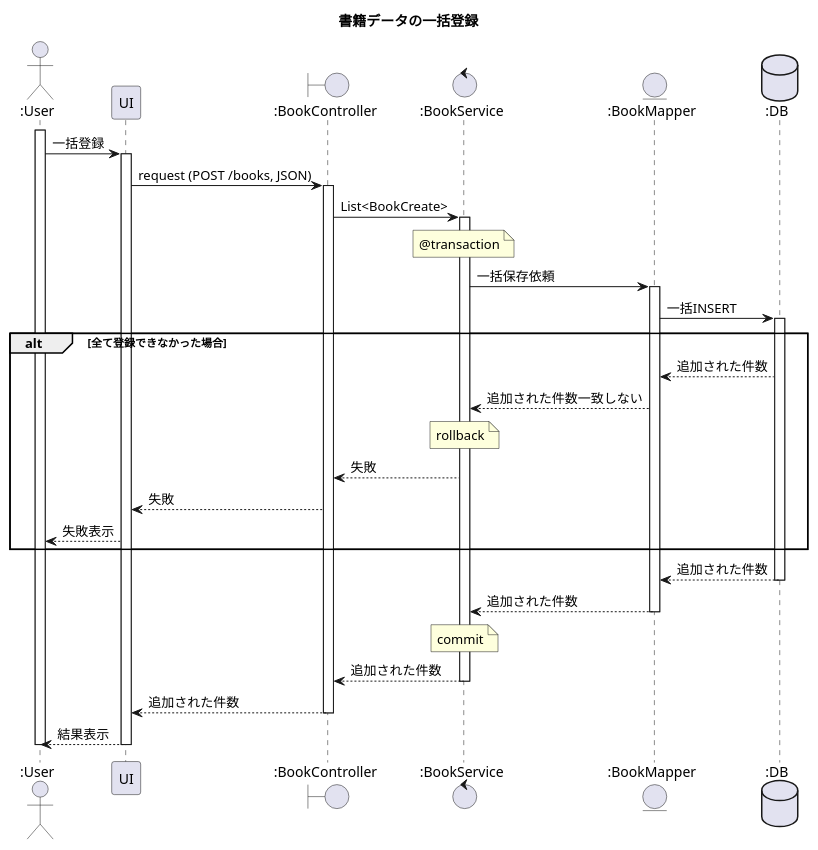
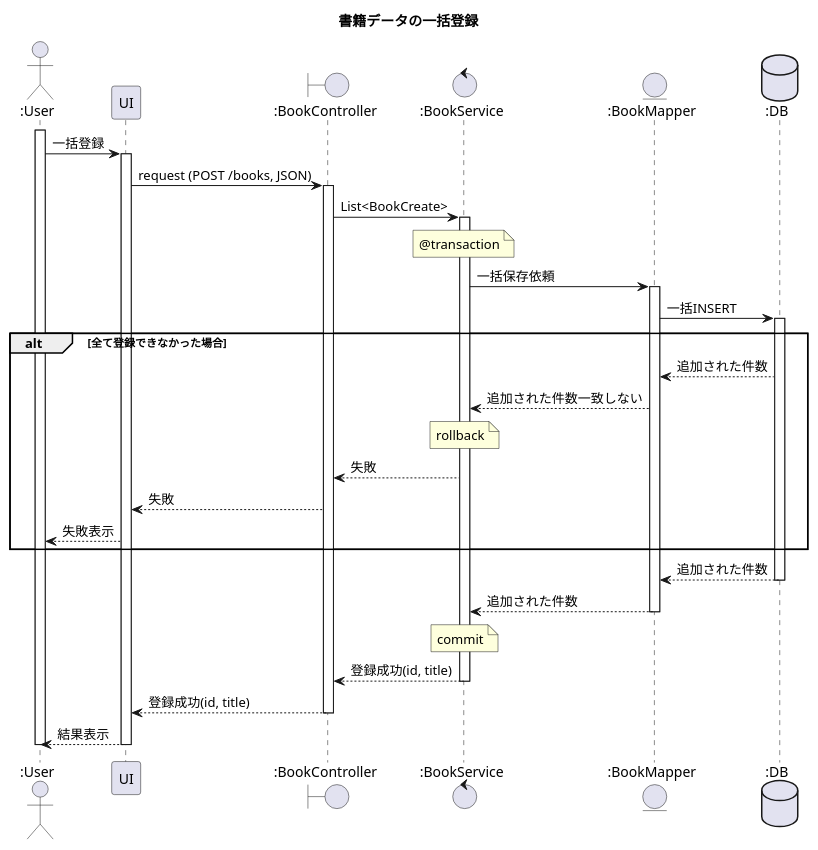
One commit to kien-ri/demo changed the diagram in document/book/registerBooks.puml. Above: the diagram before and after it, drawn with PlantUML.

Commit message:
シーケンス図

```diff
--- a/document/book/registerBooks.puml
+++ b/document/book/registerBooks.puml
@@ -1,37 +1,37 @@
 @startuml registerBooks
 
 title 書籍データの一括登録
 
 actor ":User" as User
 participant "UI" as UI
 boundary ":BookController" as BookController
 control ":BookService" as BookService
 entity ":BookMapper" as BookMapper
 database ":DB" as DB
 
 activate User
 User -> UI ++ : 一括登録
 UI -> BookController ++ : request (POST /books, JSON)
 BookController -> BookService ++ : List<BookCreate>
 note over BookService : @transaction
 BookService -> BookMapper ++ : 一括保存依頼
 BookMapper -> DB ++ : 一括INSERT
 
 alt 全て登録できなかった場合
     DB --> BookMapper : 追加された件数
     BookMapper --> BookService : 追加された件数一致しない
     note over BookService : rollback
     BookService --> BookController : 失敗
     BookController --> UI : 失敗
     UI --> User : 失敗表示
 end
 
 DB --> BookMapper -- : 追加された件数
 BookMapper --> BookService -- : 追加された件数
 note over BookService : commit
-BookService --> BookController -- : 追加された件数
-BookController --> UI -- : 追加された件数
+BookService --> BookController -- : 登録成功(id, title)
+BookController --> UI -- : 登録成功(id, title)
 UI --> User -- : 結果表示
 deactivate User
 
 @enduml
```
